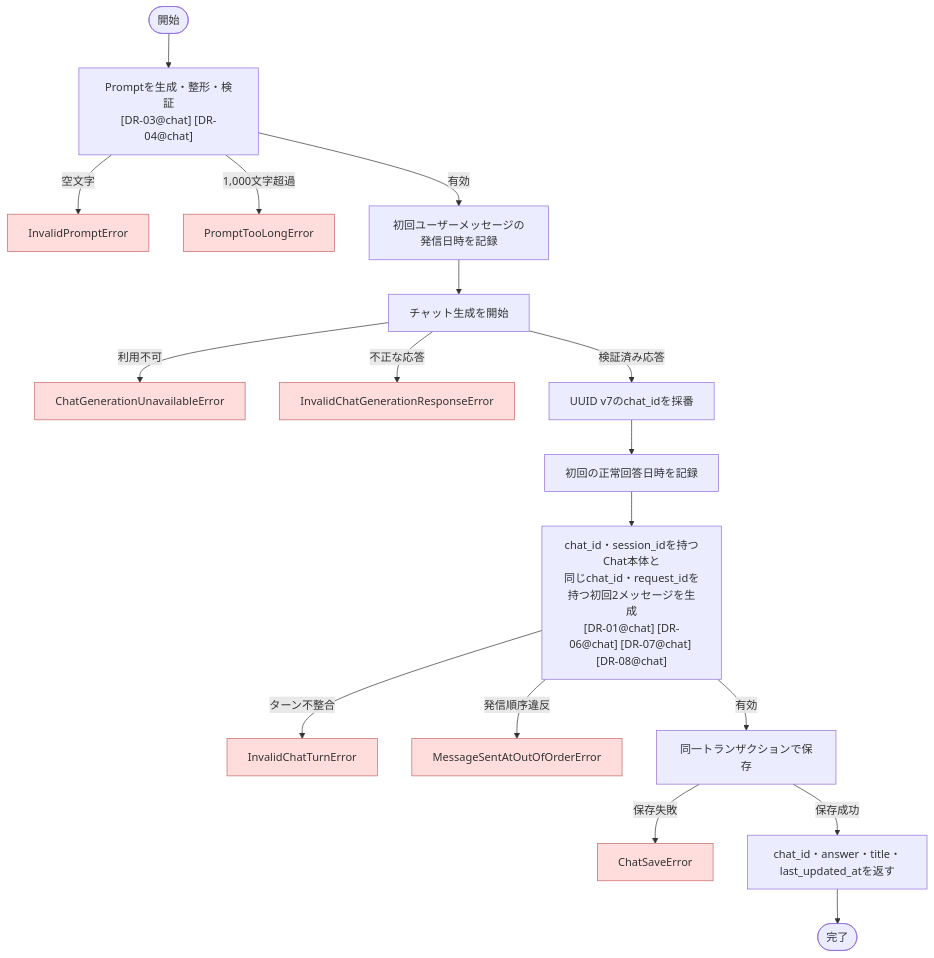
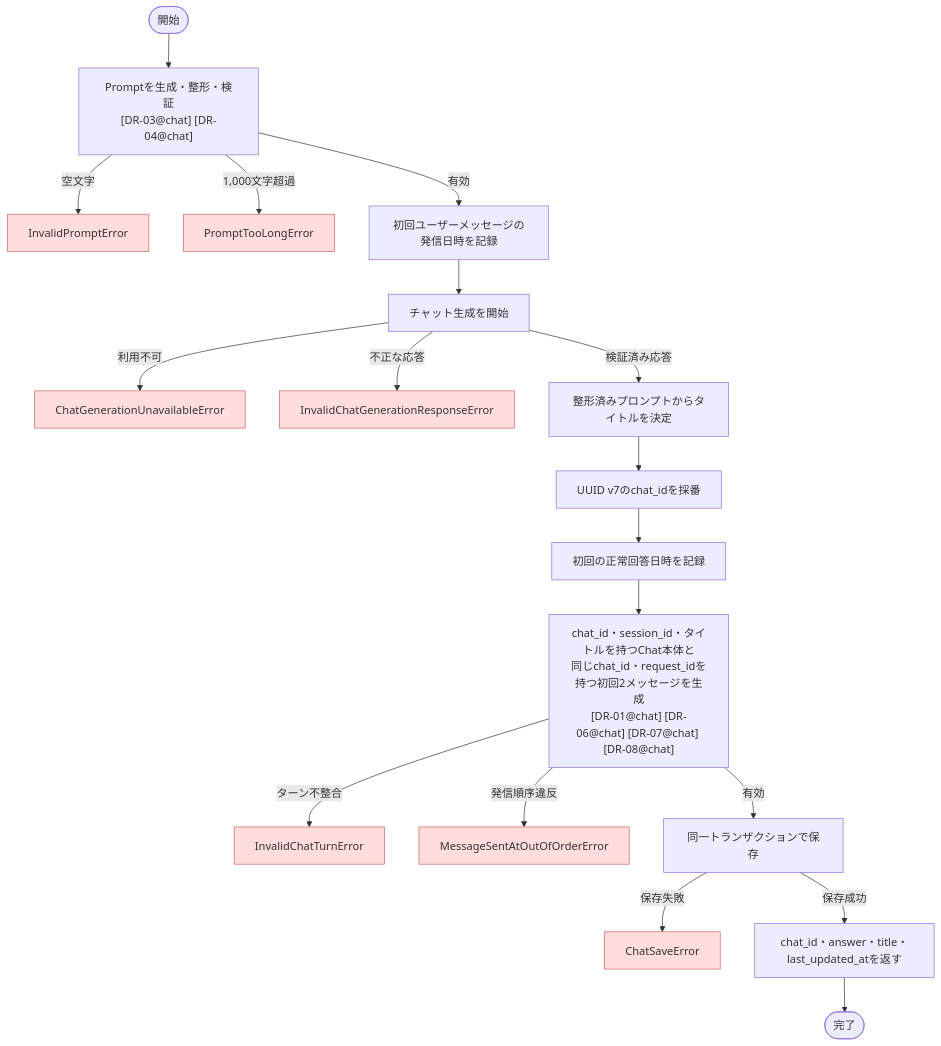
The diagram in docs/backend/specification/usecases/chat/start_chat.md (ponta-kh/paperbuddy), drawn with Mermaid before and after one commit. The commit also changed other lines of this file and 11 other files, not shown here.

````diff
--- a/docs/backend/specification/usecases/chat/start_chat.md
+++ b/docs/backend/specification/usecases/chat/start_chat.md
@@ -110,27 +112,28 @@
 ```mermaid
 flowchart TD
     A([開始]) --> B["Promptを生成・整形・検証\n[DR-03@chat] [DR-04@chat]"]
     B -->|空文字| ERR1["InvalidPromptError"]
     B -->|1,000文字超過| ERR2["PromptTooLongError"]
     B -->|有効| C["初回ユーザーメッセージの発信日時を記録"]
     C --> D["チャット生成を開始"]
     D -->|利用不可| ERR3["ChatGenerationUnavailableError"]
     D -->|不正な応答| ERR4["InvalidChatGenerationResponseError"]
-    D -->|検証済み応答| ID["UUID v7のchat_idを採番"]
+    D -->|検証済み応答| TITLE["整形済みプロンプトからタイトルを決定"]
+    TITLE --> ID["UUID v7のchat_idを採番"]
     ID --> T["初回の正常回答日時を記録"]
-    T --> E["chat_id・session_idを持つChat本体と\n同じchat_id・request_idを持つ初回2メッセージを生成\n[DR-01@chat] [DR-06@chat] [DR-07@chat] [DR-08@chat]"]
+    T --> E["chat_id・session_id・タイトルを持つChat本体と\n同じchat_id・request_idを持つ初回2メッセージを生成\n[DR-01@chat] [DR-06@chat] [DR-07@chat] [DR-08@chat]"]
     E -->|ターン不整合| ERR5["InvalidChatTurnError"]
     E -->|発信順序違反| ERR6["MessageSentAtOutOfOrderError"]
     E -->|有効| G["同一トランザクションで保存"]
     G -->|保存失敗| ERR7["ChatSaveError"]
     G -->|保存成功| H["chat_id・answer・title・last_updated_atを返す"]
     H --> I([完了])
 
     style ERR1 fill:#fdd,stroke:#c66
     style ERR2 fill:#fdd,stroke:#c66
     style ERR3 fill:#fdd,stroke:#c66
     style ERR4 fill:#fdd,stroke:#c66
     style ERR5 fill:#fdd,stroke:#c66
     style ERR6 fill:#fdd,stroke:#c66
     style ERR7 fill:#fdd,stroke:#c66
 ```
````
